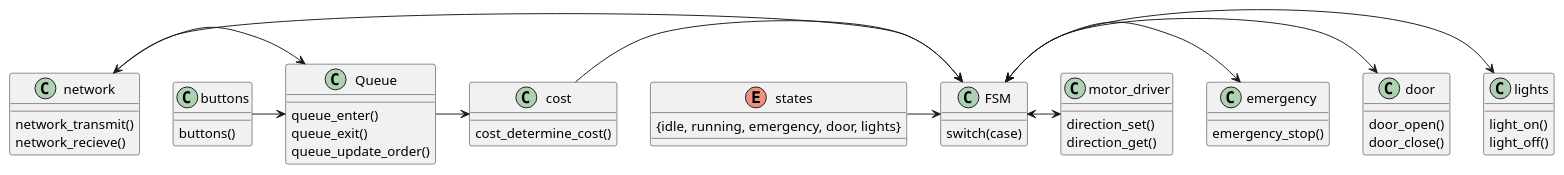
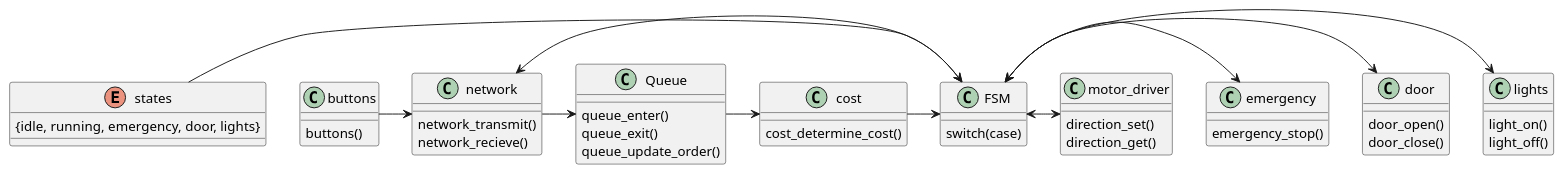
Before and after one commit to eivindhstray/Sanntid: the diagram in Design/slaveelevator.plantuml, drawn with PlantUML.

Commit message:
buttons -> network

```diff
--- a/Design/slaveelevator.plantuml
+++ b/Design/slaveelevator.plantuml
@@ -1,64 +1,64 @@
 @startuml
 
 enum states{
 {idle, running, emergency, door, lights}
 }
 
 class FSM{
 switch(case)
 }
 
 class Queue{
 queue_enter()
 queue_exit()
 queue_update_order()
 }
 
 class lights{
 light_on()
 light_off()
 }
 
 class cost{
 cost_determine_cost()
 }
 
 class network{
 network_transmit()
 network_recieve()
 }
 
 class emergency{
 emergency_stop()
 }
 
 class door{
 door_open()
 door_close()
 }
 
 class buttons{
 buttons()
 }
 
 class motor_driver{
 direction_set()
 direction_get()
 
 }
 
 network <-> FSM
 
 cost -> FSM
-buttons -> Queue
+buttons -> network
 
 FSM <-> lights
 FSM <-> door
 FSM <-> emergency
 FSM <-> motor_driver
 Queue -> cost
 network -> Queue
 states -> FSM
 
 
 @enduml
```
